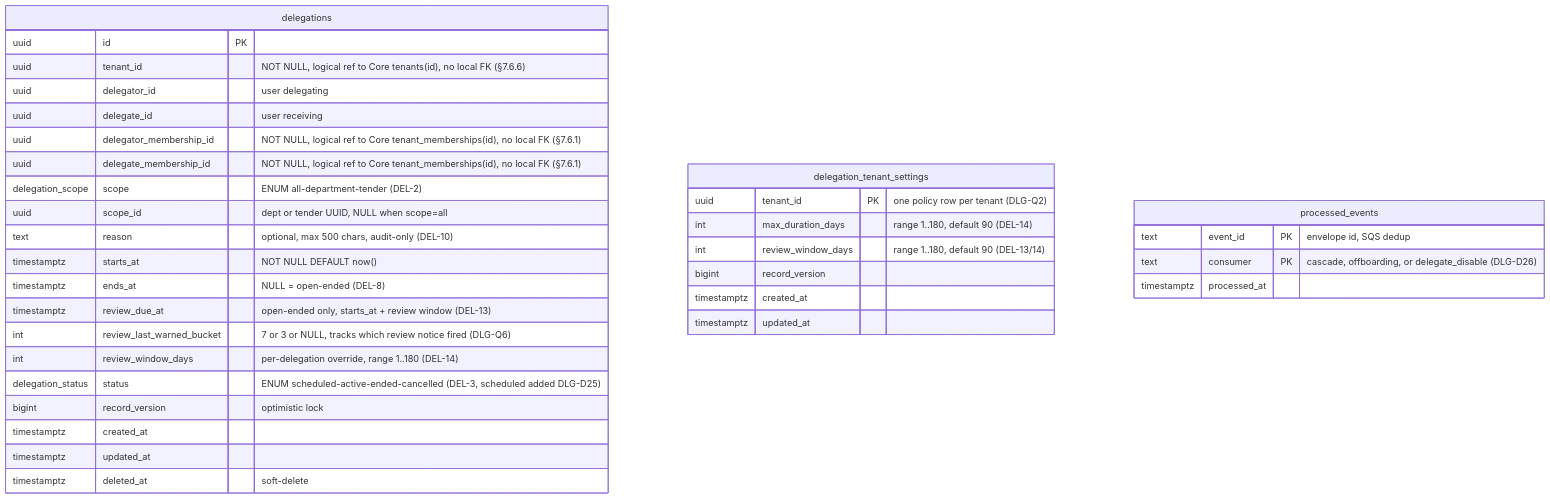
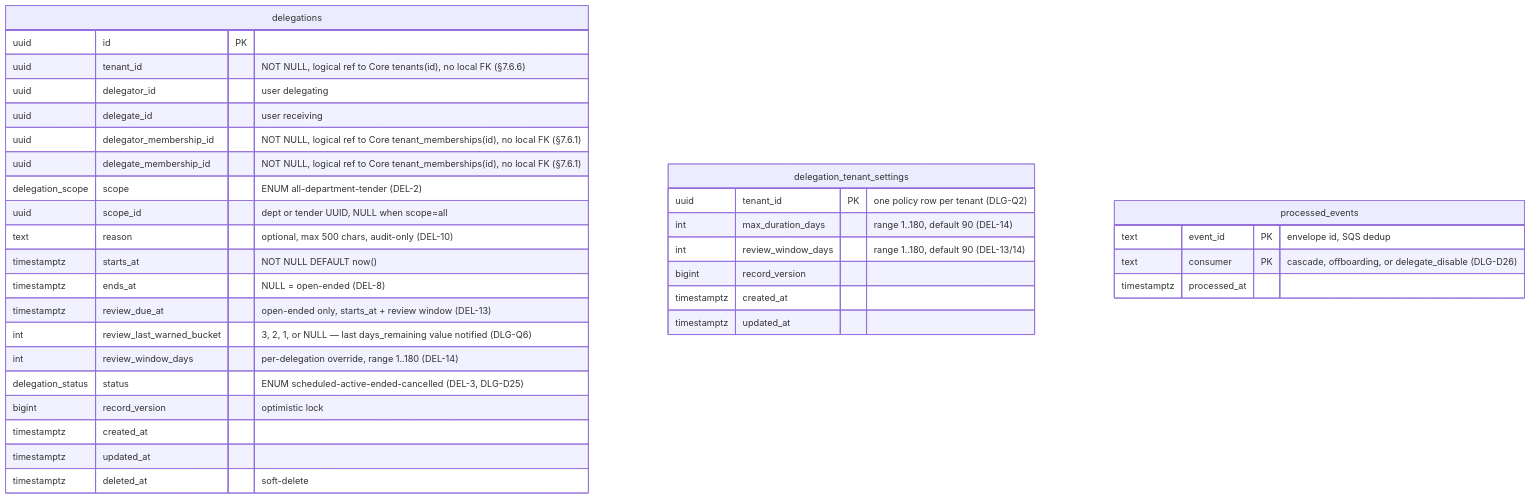
One commit to BCBP-SOLUTIONS-FZC-LLC/iam-delegation changed the third of 13 diagrams in ARCHITECTURE.md. Above: the diagram before and after it, drawn with Mermaid. The commit also changed other lines of this file and 48 other files, not shown here.

````diff
--- a/ARCHITECTURE.md
+++ b/ARCHITECTURE.md
@@ -260,37 +260,37 @@
 ```mermaid
 erDiagram
     delegations {
         uuid id PK
         uuid tenant_id "NOT NULL, logical ref to Core tenants(id), no local FK (§7.6.6)"
         uuid delegator_id "user delegating"
         uuid delegate_id "user receiving"
         uuid delegator_membership_id "NOT NULL, logical ref to Core tenant_memberships(id), no local FK (§7.6.1)"
         uuid delegate_membership_id "NOT NULL, logical ref to Core tenant_memberships(id), no local FK (§7.6.1)"
         delegation_scope scope "ENUM all-department-tender (DEL-2)"
         uuid scope_id "dept or tender UUID, NULL when scope=all"
         text reason "optional, max 500 chars, audit-only (DEL-10)"
         timestamptz starts_at "NOT NULL DEFAULT now()"
         timestamptz ends_at "NULL = open-ended (DEL-8)"
         timestamptz review_due_at "open-ended only, starts_at + review window (DEL-13)"
-        int review_last_warned_bucket "7 or 3 or NULL, tracks which review notice fired (DLG-Q6)"
+        int review_last_warned_bucket "3, 2, 1, or NULL — last days_remaining value notified (DLG-Q6)"
         int review_window_days "per-delegation override, range 1..180 (DEL-14)"
-        delegation_status status "ENUM scheduled-active-ended-cancelled (DEL-3, scheduled added DLG-D25)"
+        delegation_status status "ENUM scheduled-active-ended-cancelled (DEL-3, DLG-D25)"
         bigint record_version "optimistic lock"
         timestamptz created_at
         timestamptz updated_at
         timestamptz deleted_at "soft-delete"
     }
     delegation_tenant_settings {
         uuid tenant_id PK "one policy row per tenant (DLG-Q2)"
         int max_duration_days "range 1..180, default 90 (DEL-14)"
         int review_window_days "range 1..180, default 90 (DEL-13/14)"
         bigint record_version
         timestamptz created_at
         timestamptz updated_at
     }
     processed_events {
         text event_id PK "envelope id, SQS dedup"
         text consumer PK "cascade, offboarding, or delegate_disable (DLG-D26)"
         timestamptz processed_at
     }
 ```
````
